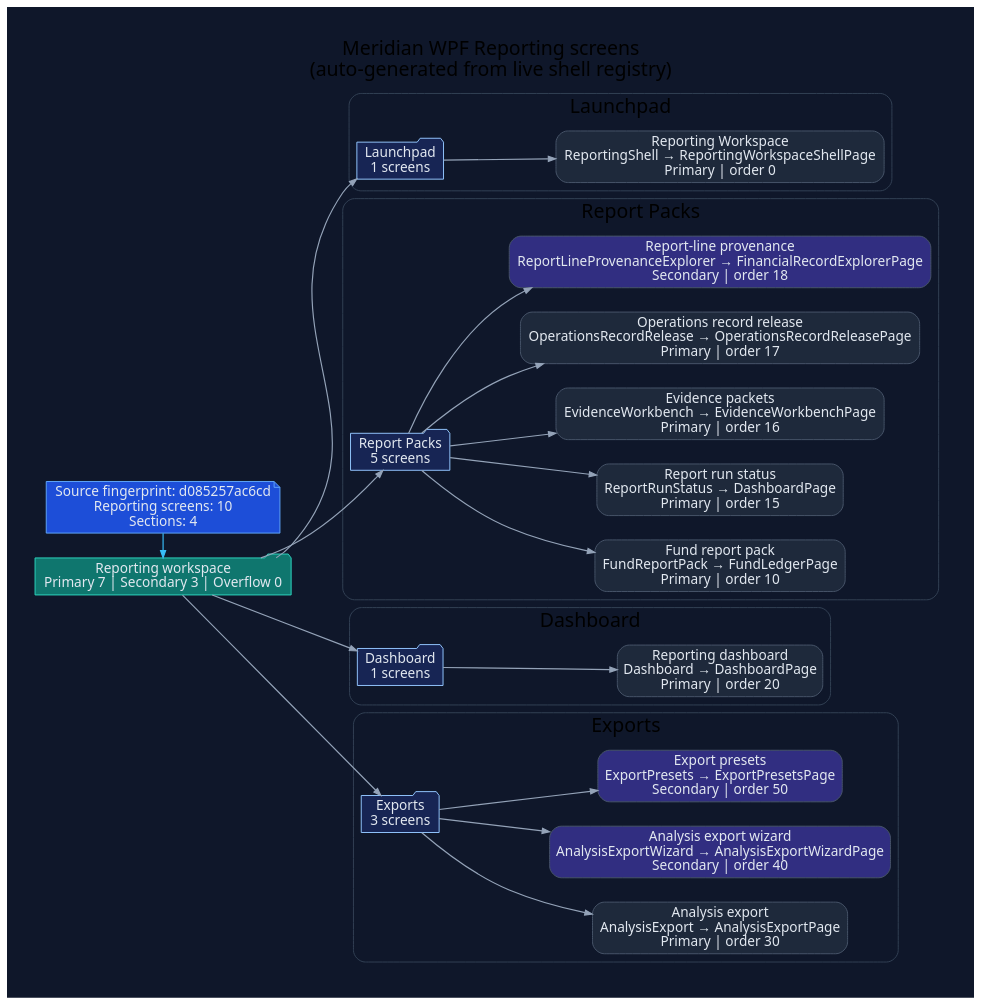
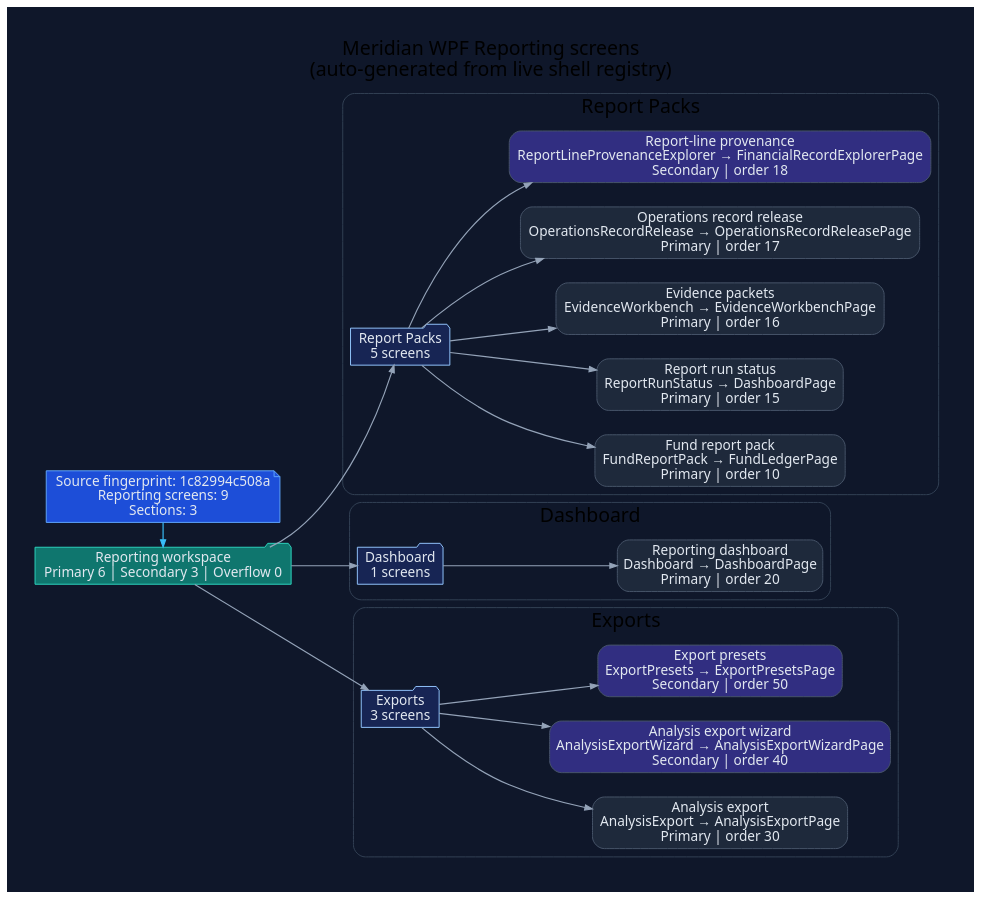
One commit to rodoHasArrived/Meridian-main changed the diagram in docs/diagrams/ui-wpf-screens-reporting.dot. Above: the diagram before and after it, drawn with Graphviz. The commit also changed 50 other files, not shown here.

```diff
--- a/docs/diagrams/ui-wpf-screens-reporting.dot
+++ b/docs/diagrams/ui-wpf-screens-reporting.dot
@@ -1,78 +1,68 @@
 // -----------------------------------------------------------------------------
 // <auto-generated>
 // Generated by scripts/generate-diagrams.mjs.
 // Do not edit this file directly; update the WPF source files instead.
 // -----------------------------------------------------------------------------
 digraph WpfReportingScreens {
   graph [
     rankdir=LR,
     labelloc=t,
     label="Meridian WPF Reporting screens\n(auto-generated from live shell registry)",
     fontname="Segoe UI",
     fontsize=20,
     pad=0.4,
     nodesep=0.35,
     ranksep=0.85,
     bgcolor="#0f172a"
   ];
   node [fontname="Segoe UI", shape=box, style="rounded,filled", color="#475569", fontcolor="#e2e8f0", fillcolor="#1e293b"];
   edge [fontname="Segoe UI", color="#94a3b8", penwidth=1.2, arrowsize=0.75];
 
-  generated [shape=note, fillcolor="#1d4ed8", color="#60a5fa", label="Source fingerprint: d085257ac6cd\nReporting screens: 10\nSections: 4"];
-  workspace [shape=folder, fillcolor="#0f766e", color="#2dd4bf", label="Reporting workspace\nPrimary 7 | Secondary 3 | Overflow 0"];
+  generated [shape=note, fillcolor="#1d4ed8", color="#60a5fa", label="Source fingerprint: 1c82994c508a\nReporting screens: 9\nSections: 3"];
+  workspace [shape=folder, fillcolor="#0f766e", color="#2dd4bf", label="Reporting workspace\nPrimary 6 | Secondary 3 | Overflow 0"];
   generated -> workspace [color="#38bdf8"];
 
   subgraph cluster_section_1 {
-    label="Launchpad";
+    label="Report Packs";
     color="#334155";
     style="rounded";
-    section_1 [shape=folder, fillcolor="#172554", color="#93c5fd", label="Launchpad\n1 screens"];
+    section_1 [shape=folder, fillcolor="#172554", color="#93c5fd", label="Report Packs\n5 screens"];
     workspace -> section_1;
-    screen_ReportingShell [fillcolor="#1e293b", label="Reporting Workspace\nReportingShell → ReportingWorkspaceShellPage\nPrimary | order 0"];
-    section_1 -> screen_ReportingShell;
+    screen_FundReportPack [fillcolor="#1e293b", label="Fund report pack\nFundReportPack → FundLedgerPage\nPrimary | order 10"];
+    section_1 -> screen_FundReportPack;
+    screen_ReportRunStatus [fillcolor="#1e293b", label="Report run status\nReportRunStatus → DashboardPage\nPrimary | order 15"];
+    section_1 -> screen_ReportRunStatus;
+    screen_EvidenceWorkbench [fillcolor="#1e293b", label="Evidence packets\nEvidenceWorkbench → EvidenceWorkbenchPage\nPrimary | order 16"];
+    section_1 -> screen_EvidenceWorkbench;
+    screen_OperationsRecordRelease [fillcolor="#1e293b", label="Operations record release\nOperationsRecordRelease → OperationsRecordReleasePage\nPrimary | order 17"];
+    section_1 -> screen_OperationsRecordRelease;
+    screen_ReportLineProvenanceExplorer [fillcolor="#312e81", label="Report-line provenance\nReportLineProvenanceExplorer → FinancialRecordExplorerPage\nSecondary | order 18"];
+    section_1 -> screen_ReportLineProvenanceExplorer;
   }
 
   subgraph cluster_section_2 {
-    label="Report Packs";
+    label="Dashboard";
     color="#334155";
     style="rounded";
-    section_2 [shape=folder, fillcolor="#172554", color="#93c5fd", label="Report Packs\n5 screens"];
+    section_2 [shape=folder, fillcolor="#172554", color="#93c5fd", label="Dashboard\n1 screens"];
     workspace -> section_2;
-    screen_FundReportPack [fillcolor="#1e293b", label="Fund report pack\nFundReportPack → FundLedgerPage\nPrimary | order 10"];
-    section_2 -> screen_FundReportPack;
-    screen_ReportRunStatus [fillcolor="#1e293b", label="Report run status\nReportRunStatus → DashboardPage\nPrimary | order 15"];
-    section_2 -> screen_ReportRunStatus;
-    screen_EvidenceWorkbench [fillcolor="#1e293b", label="Evidence packets\nEvidenceWorkbench → EvidenceWorkbenchPage\nPrimary | order 16"];
-    section_2 -> screen_EvidenceWorkbench;
-    screen_OperationsRecordRelease [fillcolor="#1e293b", label="Operations record release\nOperationsRecordRelease → OperationsRecordReleasePage\nPrimary | order 17"];
-    section_2 -> screen_OperationsRecordRelease;
-    screen_ReportLineProvenanceExplorer [fillcolor="#312e81", label="Report-line provenance\nReportLineProvenanceExplorer → FinancialRecordExplorerPage\nSecondary | order 18"];
-    section_2 -> screen_ReportLineProvenanceExplorer;
+    screen_Dashboard [fillcolor="#1e293b", label="Reporting dashboard\nDashboard → DashboardPage\nPrimary | order 20"];
+    section_2 -> screen_Dashboard;
   }
 
   subgraph cluster_section_3 {
-    label="Dashboard";
-    color="#334155";
-    style="rounded";
-    section_3 [shape=folder, fillcolor="#172554", color="#93c5fd", label="Dashboard\n1 screens"];
-    workspace -> section_3;
-    screen_Dashboard [fillcolor="#1e293b", label="Reporting dashboard\nDashboard → DashboardPage\nPrimary | order 20"];
-    section_3 -> screen_Dashboard;
-  }
-
-  subgraph cluster_section_4 {
     label="Exports";
     color="#334155";
     style="rounded";
-    section_4 [shape=folder, fillcolor="#172554", color="#93c5fd", label="Exports\n3 screens"];
-    workspace -> section_4;
+    section_3 [shape=folder, fillcolor="#172554", color="#93c5fd", label="Exports\n3 screens"];
+    workspace -> section_3;
     screen_AnalysisExport [fillcolor="#1e293b", label="Analysis export\nAnalysisExport → AnalysisExportPage\nPrimary | order 30"];
-    section_4 -> screen_AnalysisExport;
+    section_3 -> screen_AnalysisExport;
     screen_AnalysisExportWizard [fillcolor="#312e81", label="Analysis export wizard\nAnalysisExportWizard → AnalysisExportWizardPage\nSecondary | order 40"];
-    section_4 -> screen_AnalysisExportWizard;
+    section_3 -> screen_AnalysisExportWizard;
     screen_ExportPresets [fillcolor="#312e81", label="Export presets\nExportPresets → ExportPresetsPage\nSecondary | order 50"];
-    section_4 -> screen_ExportPresets;
+    section_3 -> screen_ExportPresets;
   }
 
   { rank=min; generated; workspace; }
 }
```
